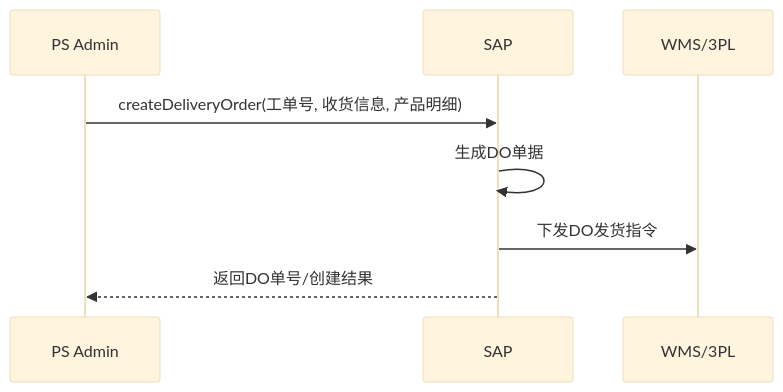
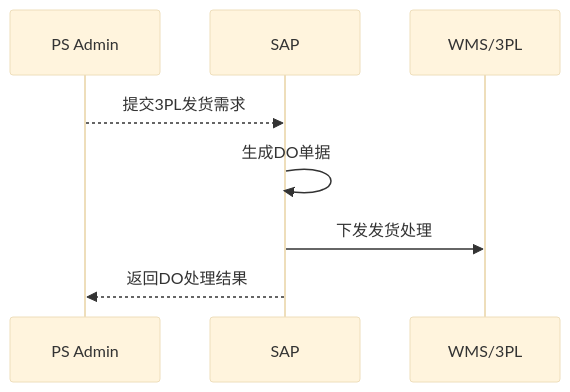
Diagram 19 of 43 in 文档/GM系统需求说明.md (guguohai/gmps), drawn with Mermaid (base theme) before and after one commit. The commit also changed other lines of this file and 31 other files, not shown here.

````diff
--- a/文档/GM系统需求说明.md
+++ b/文档/GM系统需求说明.md
@@ -877,11 +873,11 @@
 ```mermaid
 sequenceDiagram
     participant PS as PS Admin
     participant SAP as SAP
     participant WMS as WMS/3PL
 
-    PS->>SAP: createDeliveryOrder(工单号, 收货信息, 产品明细)
+    PS-->>SAP: 提交3PL发货需求
     SAP->>SAP: 生成DO单据
-    SAP->>WMS: 下发DO发货指令
-    SAP-->>PS: 返回DO单号/创建结果
+    SAP->>WMS: 下发发货处理
+    SAP-->>PS: 返回DO处理结果
 ```
````
